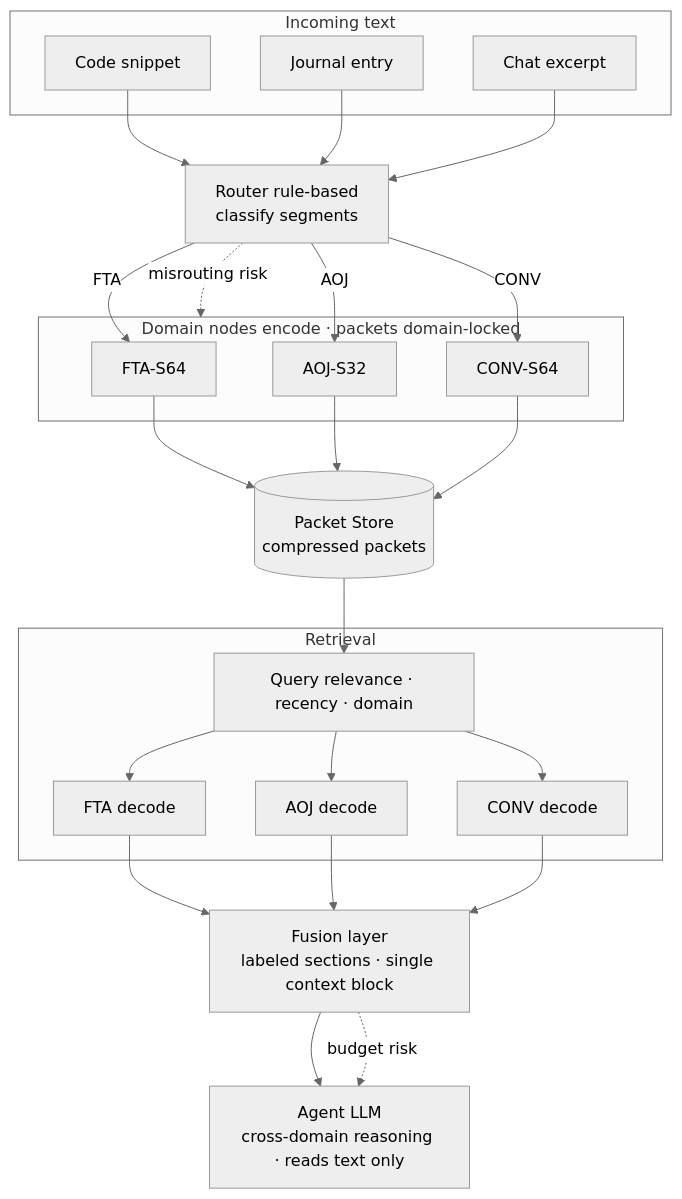
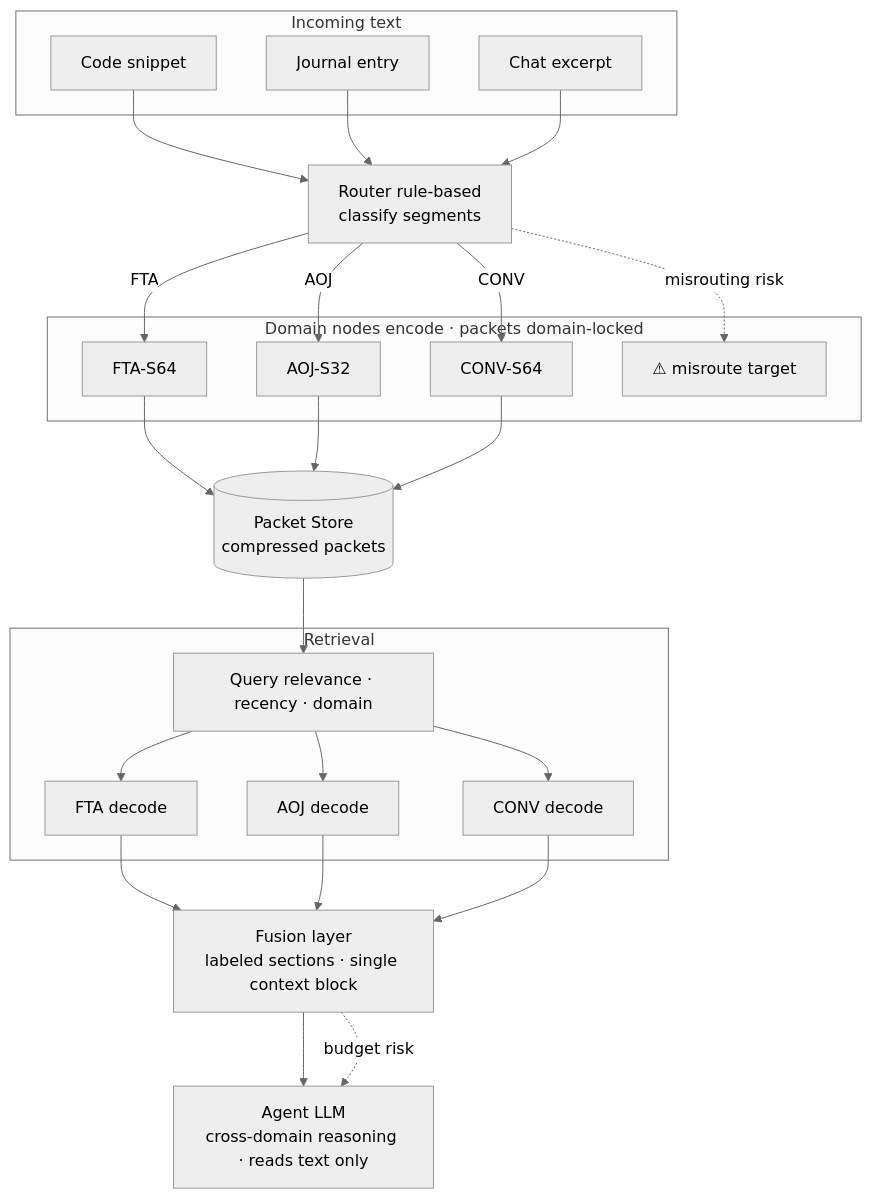
The diagram in diagrams/diagram_04_routing_and_fusion.md (fabiocti/ndn-blueprint), drawn with Mermaid (neutral theme) before and after one commit. The commit also changed other lines of this file and 36 other files, not shown here.

````diff
--- a/diagrams/diagram_04_routing_and_fusion.md
+++ b/diagrams/diagram_04_routing_and_fusion.md
@@ -11,55 +11,56 @@
 ```mermaid
 flowchart TB
     subgraph IN["Incoming text"]
         T1["Code snippet"]
         T2["Journal entry"]
         T3["Chat excerpt"]
     end
 
     ROUTER["Router rule-based<br/>classify segments"]
 
     subgraph NODES["Domain nodes encode · packets domain-locked"]
         FTA["FTA-S64"]
         AOJ["AOJ-S32"]
         CONV["CONV-S64"]
+        MISS["⚠ misroute target"]
     end
 
     STORE[("Packet Store<br/>compressed packets")]
 
     subgraph RET["Retrieval"]
         Q["Query relevance · recency · domain"]
         R1["FTA decode"]
         R2["AOJ decode"]
         R3["CONV decode"]
     end
 
     FUSE["Fusion layer<br/>labeled sections · single context block"]
 
     LLM["Agent LLM<br/>cross-domain reasoning · reads text only"]
 
     T1 --> ROUTER
     T2 --> ROUTER
     T3 --> ROUTER
 
     ROUTER -->|"FTA"| FTA
     ROUTER -->|"AOJ"| AOJ
     ROUTER -->|"CONV"| CONV
 
     FTA --> STORE
     AOJ --> STORE
     CONV --> STORE
 
     STORE --> Q
     Q --> R1
     Q --> R2
     Q --> R3
 
     R1 --> FUSE
     R2 --> FUSE
     R3 --> FUSE
 
     FUSE --> LLM
 
-    ROUTER -.->|"misrouting risk"| NODES
+    ROUTER -.->|"misrouting risk"| MISS
     FUSE -.->|"budget risk"| LLM
 ```
````
